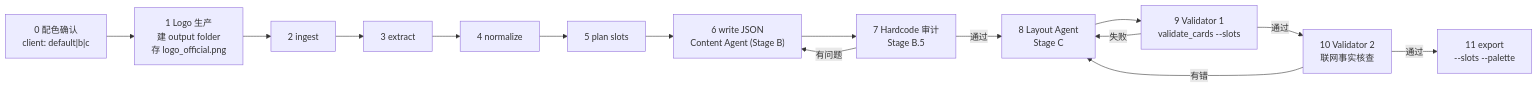
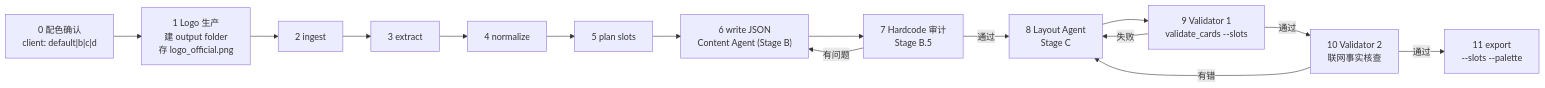
The fifth of 5 diagrams in references/workflow-flowchart.md (pppop00/equity-photo-cards-skill), drawn with Mermaid before and after one commit. The commit also changed 7 other files, not shown here.

````diff
--- a/references/workflow-flowchart.md
+++ b/references/workflow-flowchart.md
@@ -128,17 +128,17 @@
 ```mermaid
 flowchart LR
-    S0["0 配色确认\nclient: default|b|c"] --> SA["1 Logo 生产\n建 output folder\n存 logo_official.png"]
+    S0["0 配色确认\nclient: default|b|c|d"] --> SA["1 Logo 生产\n建 output folder\n存 logo_official.png"]
     SA --> S1["2 ingest"]
     S1 --> S2["3 extract"]
     S2 --> S3["4 normalize"]
     S3 --> S4["5 plan slots"]
     S4 --> S5["6 write JSON\nContent Agent (Stage B)"]
     S5 --> S6["7 Hardcode 审计\nStage B.5"]
     S6 -->|有问题| S5
     S6 -->|通过| S7["8 Layout Agent\nStage C"]
     S7 --> S8["9 Validator 1\nvalidate_cards --slots"]
     S8 -->|失败| S7
     S8 -->|通过| S9["10 Validator 2\n联网事实核查"]
     S9 -->|有错| S7
     S9 -->|通过| S10["11 export\n--slots --palette <confirmed>"]
 ```
````
